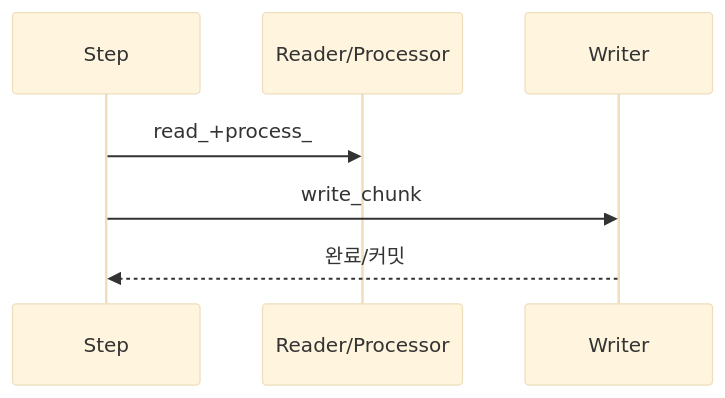
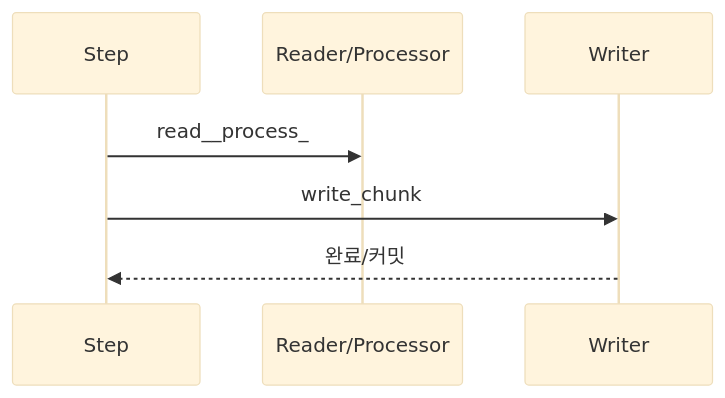
The fourth of 6 diagrams in _posts/spring/2026-05-02-spring-batch-deep.md (yjkim2015/yjkim2015.github.io), drawn with Mermaid (base theme) before and after one commit. The commit also changed 38 other files, not shown here.

First line of the commit message:
Mermaid 파싱 에러 최종 수정 + 화살표 간격 확대

````diff
--- a/_posts/spring/2026-05-02-spring-batch-deep.md
+++ b/_posts/spring/2026-05-02-spring-batch-deep.md
@@ -92,9 +92,9 @@
 ```mermaid
 sequenceDiagram
     participant S as Step
     participant R as Reader/Processor
     participant W as Writer
-    S->>R: read_+process_
+    S->>R: read__process_
     S->>W: write_chunk
     W-->>S: 완료/커밋
 ```
````
